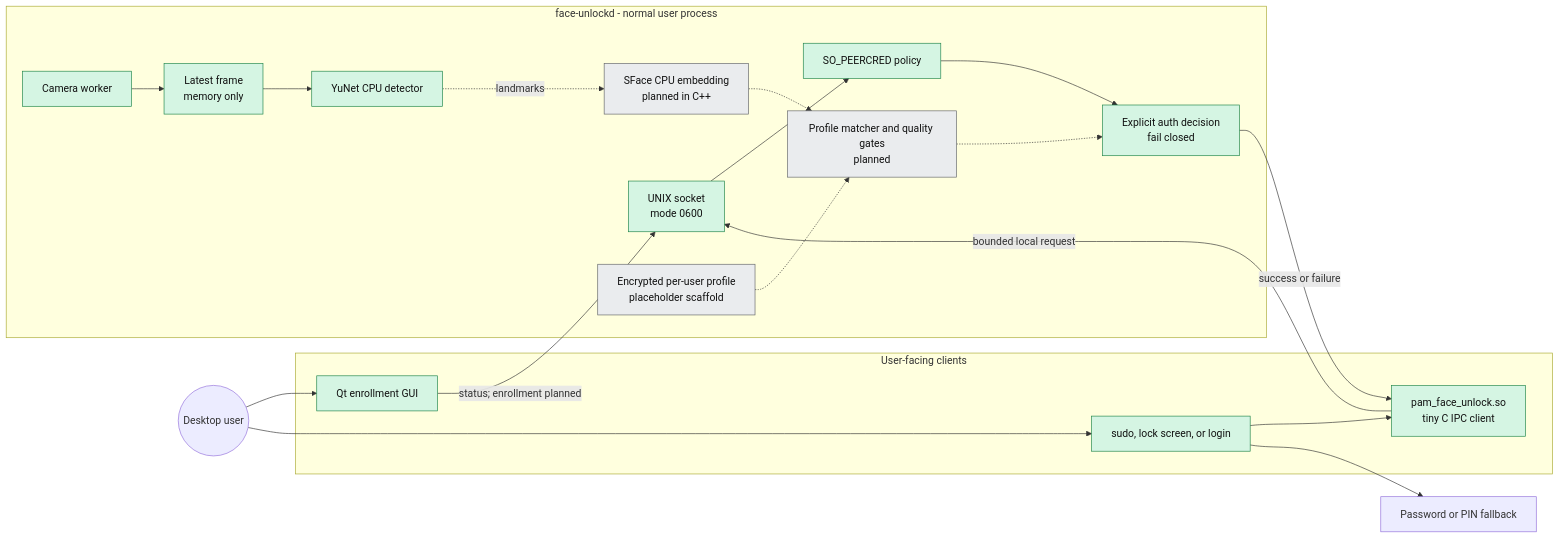
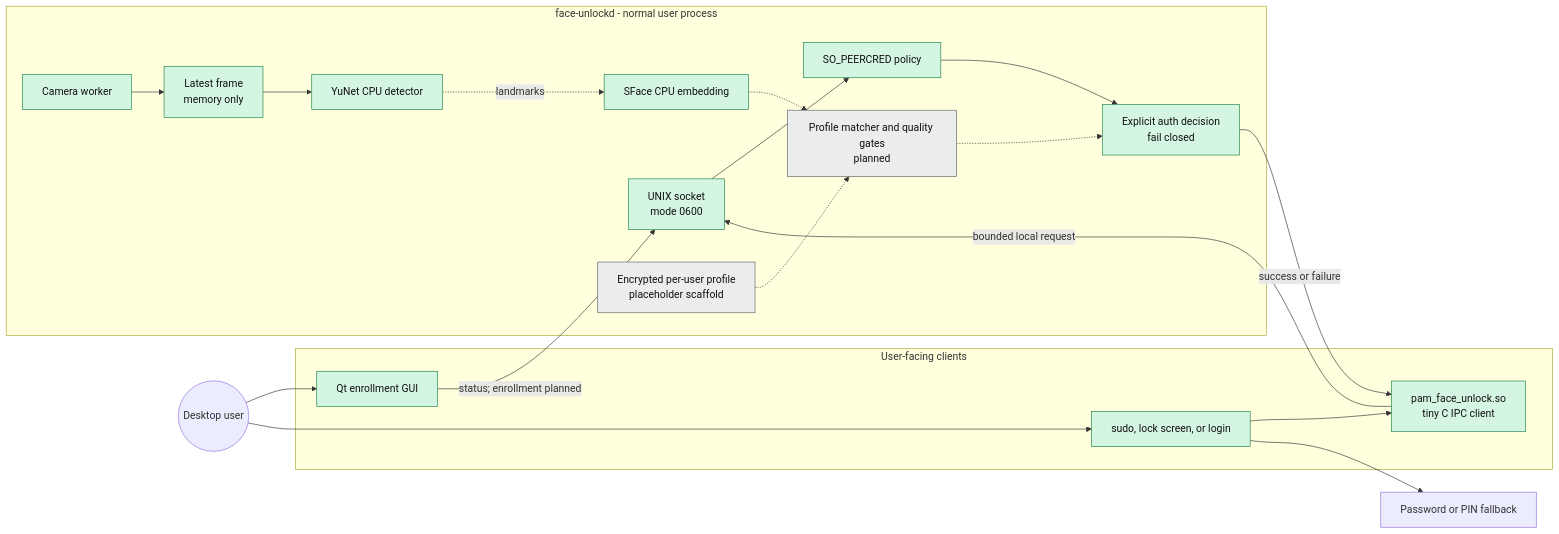
One commit to justneeraj12/face-unlock-linux changed the third of 5 diagrams in README.md. Above: the diagram before and after it, drawn with Mermaid. The commit also changed other lines of this file and 12 other files, not shown here.

Commit message:
Add native CPU SFace embeddings

````diff
--- a/README.md
+++ b/README.md
@@ -120,47 +120,47 @@
 ```mermaid
 flowchart LR
     User((Desktop user))
     Password["Password or PIN fallback"]
 
     subgraph Clients["User-facing clients"]
         GUI["Qt enrollment GUI"]
         PAMService["sudo, lock screen, or login"]
         PAM["pam_face_unlock.so<br/>tiny C IPC client"]
     end
 
     subgraph Daemon["face-unlockd - normal user process"]
         IPC["UNIX socket<br/>mode 0600"]
         Peer["SO_PEERCRED policy"]
         Camera["Camera worker"]
         Frame["Latest frame<br/>memory only"]
         YuNet["YuNet CPU detector"]
-        SFace["SFace CPU embedding<br/>planned in C++"]
+        SFace["SFace CPU embedding"]
         Matcher["Profile matcher and quality gates<br/>planned"]
         Decision["Explicit auth decision<br/>fail closed"]
         Crypto["Encrypted per-user profile<br/>placeholder scaffold"]
     end
 
     User --> GUI
     User --> PAMService
     PAMService --> PAM
     PAM -->|"bounded local request"| IPC
     GUI -->|"status; enrollment planned"| IPC
     IPC --> Peer
     Peer --> Decision
 
     Camera --> Frame
     Frame --> YuNet
     YuNet -.->|"landmarks"| SFace
     SFace -.-> Matcher
     Crypto -.-> Matcher
     Matcher -.-> Decision
 
     Decision -->|"success or failure"| PAM
     PAMService --> Password
 
     classDef implemented fill:#d5f5e3,stroke:#1e8449,color:#111
     classDef planned fill:#eaecee,stroke:#626567,color:#111
 
-    class GUI,PAMService,PAM,IPC,Peer,Camera,Frame,YuNet,Decision implemented
-    class SFace,Matcher,Crypto planned
+    class GUI,PAMService,PAM,IPC,Peer,Camera,Frame,YuNet,SFace,Decision implemented
+    class Matcher,Crypto planned
 ```
````
